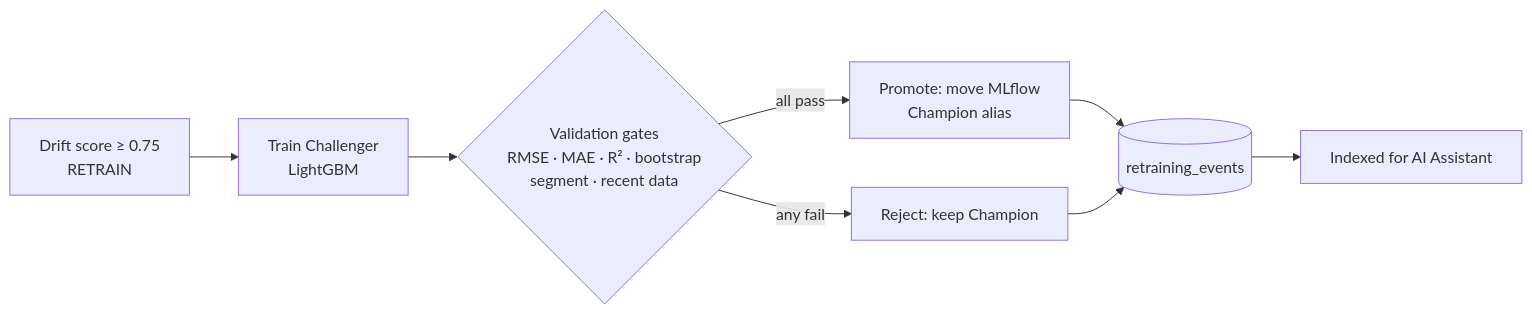
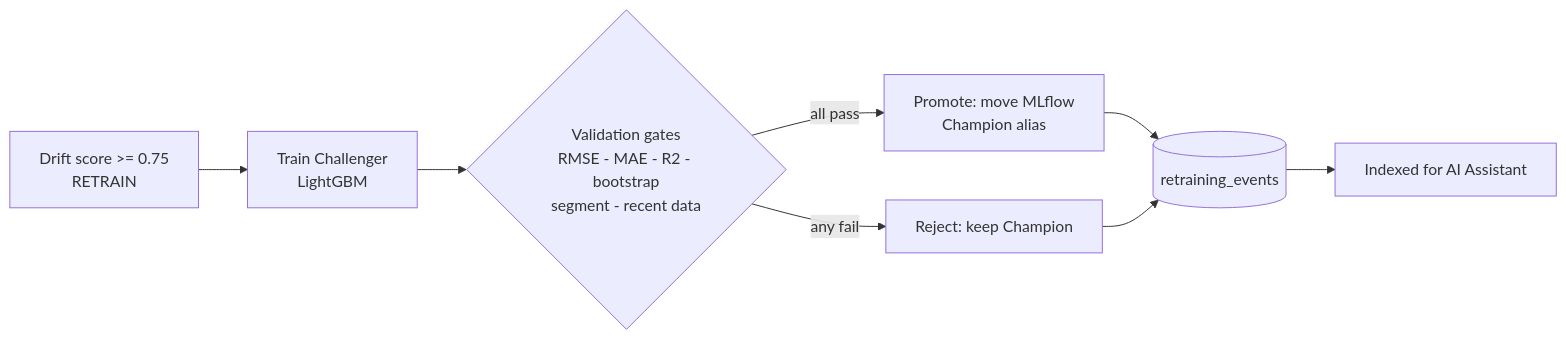
The fourth of 4 diagrams in README.md (mohvijayjain/Sentinel-AI), drawn with Mermaid before and after one commit. The commit also changed other lines of this file, not shown here.

Commit message:
README: use plain-text Mermaid diagrams so GitHub renders them

````diff
--- a/README.md
+++ b/README.md
@@ -130,10 +130,10 @@
 ```mermaid
 flowchart LR
-    D[Drift score ≥ 0.75<br/>RETRAIN] --> T[Train Challenger<br/>LightGBM]
-    T --> G{Validation gates<br/>RMSE · MAE · R² · bootstrap<br/>segment · recent data}
+    D[Drift score >= 0.75<br/>RETRAIN] --> T[Train Challenger<br/>LightGBM]
+    T --> G{Validation gates<br/>RMSE - MAE - R2 - bootstrap<br/>segment - recent data}
     G -- all pass --> P[Promote: move MLflow<br/>Champion alias]
     G -- any fail --> R[Reject: keep Champion]
     P --> LOG[(retraining_events)]
     R --> LOG
     LOG --> RAG[Indexed for AI Assistant]
 ```
````
